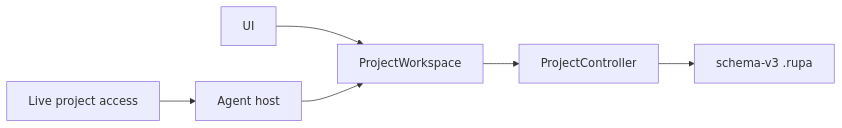
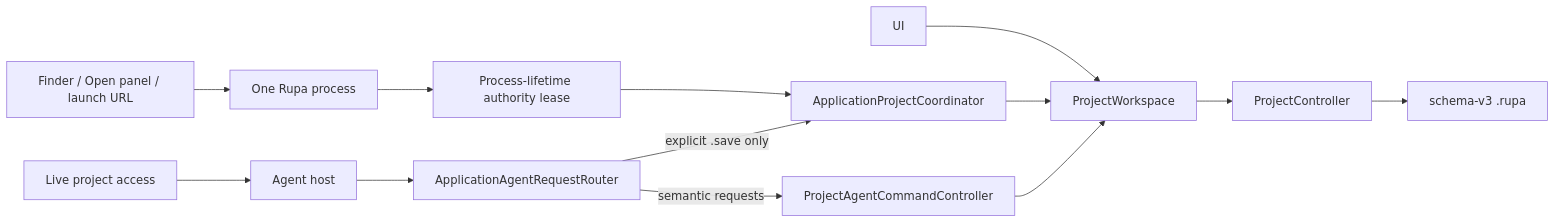
One commit to 1amageek/Rupa changed the first of 2 diagrams in Rupa/DESIGN.md. Above: the diagram before and after it, drawn with Mermaid. The commit also changed other lines of this file and 41 other files, not shown here.

Commit message:
Open and save schema-v3 projects through Rupa authority

````diff
--- a/Rupa/DESIGN.md
+++ b/Rupa/DESIGN.md
@@ -26,8 +35,15 @@
 ```mermaid
 flowchart LR
+    File["Finder / Open panel / launch URL"] --> App["One Rupa process"]
+    App --> Lease["Process-lifetime authority lease"]
+    Lease --> Coordinator["ApplicationProjectCoordinator"]
     UI --> Workspace["ProjectWorkspace"]
+    Coordinator --> Workspace
     Access["Live project access"] --> Host["Agent host"]
-    Host --> Workspace
+    Host --> Router["ApplicationAgentRequestRouter"]
+    Router -->|semantic requests| AgentController["ProjectAgentCommandController"]
+    Router -->|explicit .save only| Coordinator
+    AgentController --> Workspace
     Workspace --> Controller["ProjectController"]
     Controller --> Package["schema-v3 .rupa"]
 ```
````
